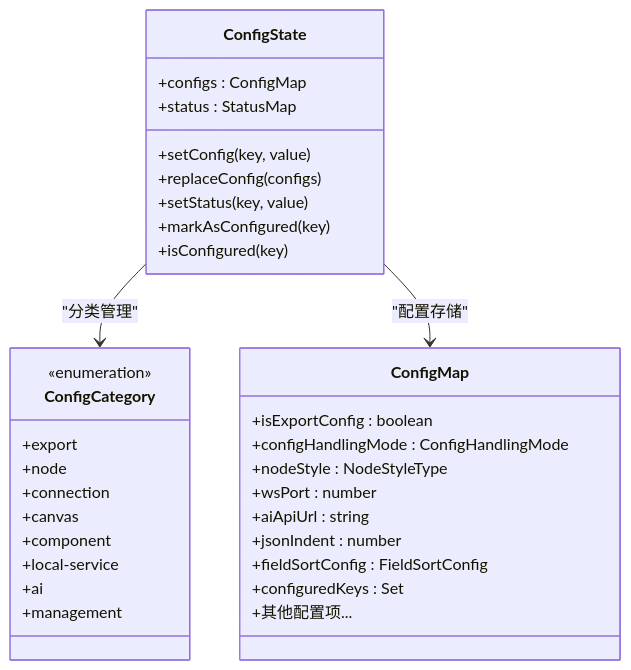
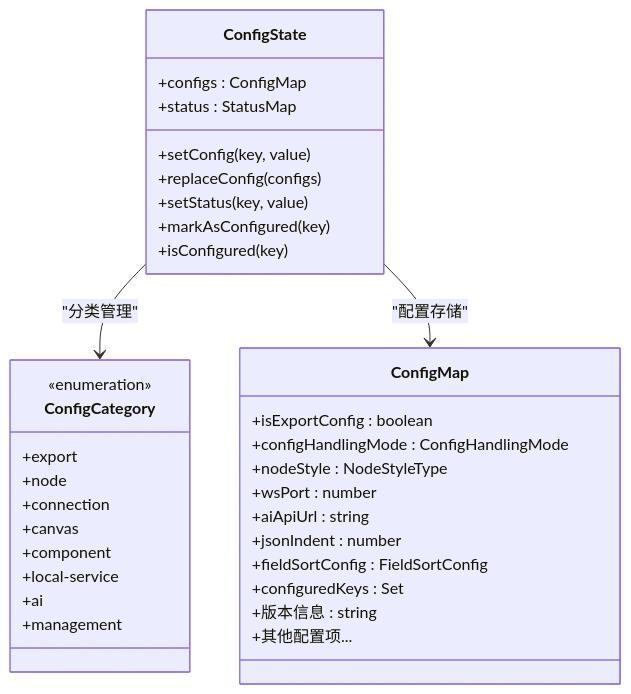
One commit to kqcoxn/MaaPipelineEditor changed the second of 20 diagrams in .qoder/repowiki/zh/content/Config Store/Config Store.md. Above: the diagram before and after it, drawn with Mermaid. The commit also changed other lines of this file and 13 other files, not shown here.

````diff
--- a/.qoder/repowiki/zh/content/Config Store/Config Store.md
+++ b/.qoder/repowiki/zh/content/Config Store/Config Store.md
@@ -155,36 +166,37 @@
 ```mermaid
 classDiagram
 class ConfigCategory {
 <<enumeration>>
 +export
 +node
 +connection
 +canvas
 +component
 +local-service
 +ai
 +management
 }
 class ConfigState {
 +configs : ConfigMap
 +status : StatusMap
 +setConfig(key, value)
 +replaceConfig(configs)
 +setStatus(key, value)
 +markAsConfigured(key)
 +isConfigured(key)
 }
 class ConfigMap {
 +isExportConfig : boolean
 +configHandlingMode : ConfigHandlingMode
 +nodeStyle : NodeStyleType
 +wsPort : number
 +aiApiUrl : string
 +jsonIndent : number
 +fieldSortConfig : FieldSortConfig
 +configuredKeys : Set<string>
++版本信息 : string
 +其他配置项...
 }
 ConfigState --> ConfigCategory : "分类管理"
 ConfigState --> ConfigMap : "配置存储"
 ```
````
